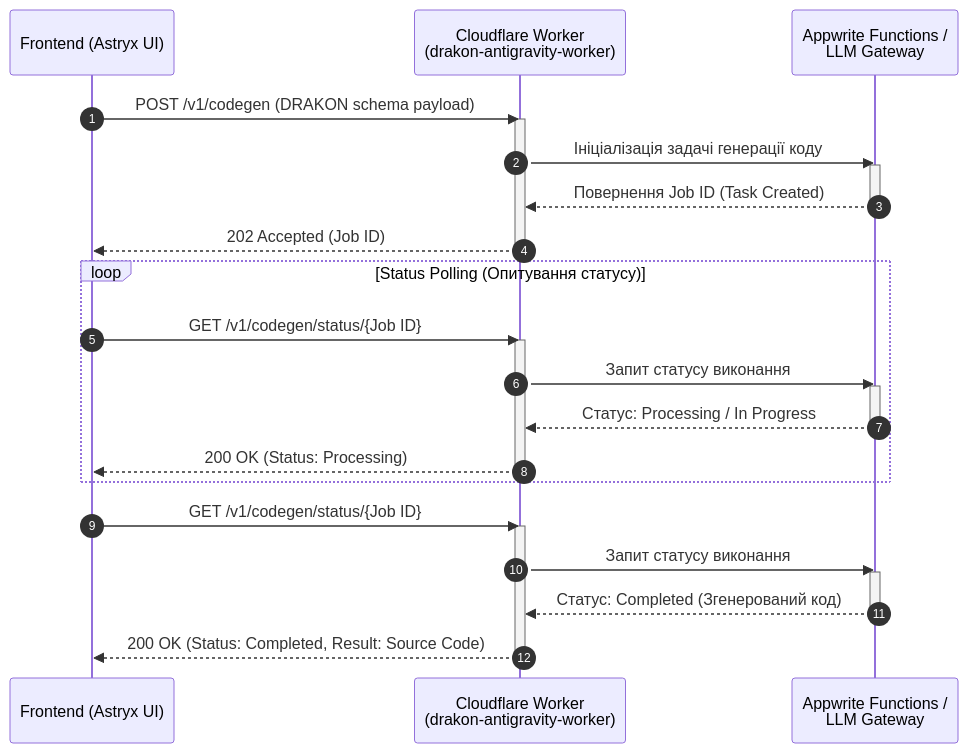
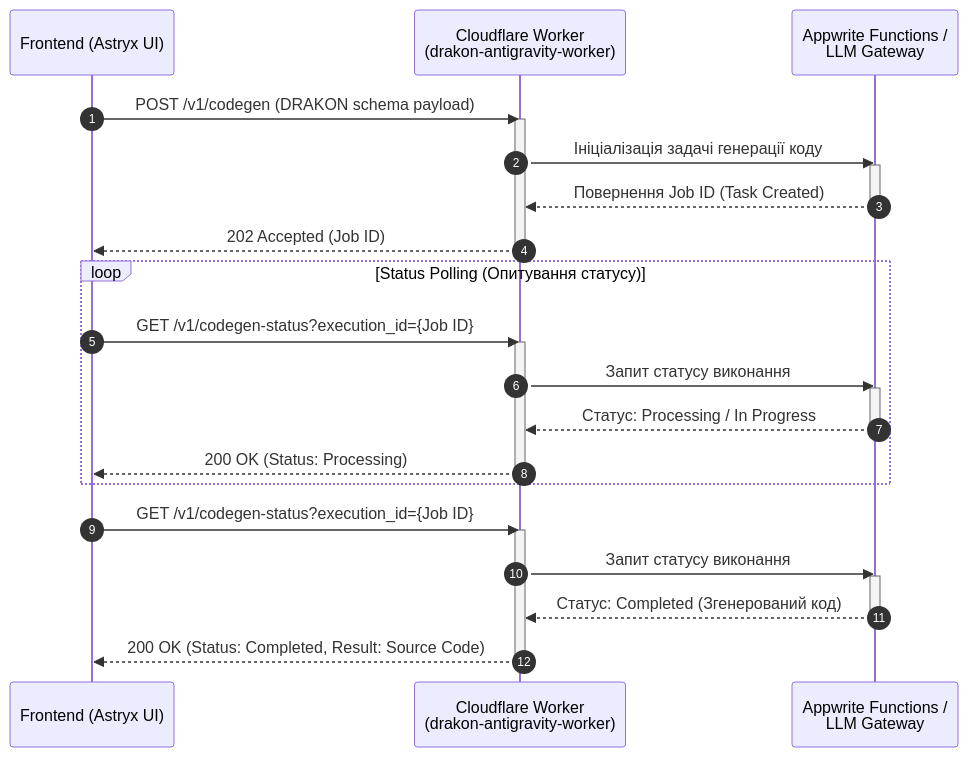
One commit to maxfraieho/ai-drakon-scaffolder changed the diagram in docs/wiki/02_architecture_flows.md. Above: the diagram before and after it, drawn with Mermaid. The commit also changed other lines of this file and 33 other files, not shown here.

Commit message:
docs(adr): synthesize 5 new ADRs (0010-0014: LangGraph orchestration, semantic-graph, bidirectional DRAKON IR, single-GitHub-config, vydra-swiss-survey pilot), update 28 stale docs against current code, add CI/CD pipelines section (Codex, GitNexus-verified)

````diff
--- a/docs/wiki/02_architecture_flows.md
+++ b/docs/wiki/02_architecture_flows.md
@@ -17,36 +17,36 @@
 ```mermaid
 sequenceDiagram
     autonumber
     participant Client as Frontend (Astryx UI)
     participant Worker as Cloudflare Worker<br/>(drakon-antigravity-worker)
     participant Backend as Appwrite Functions /<br/>LLM Gateway
 
     Client->>Worker: POST /v1/codegen (DRAKON schema payload)
     activate Worker
     Worker->>Backend: Ініціалізація задачі генерації коду
     activate Backend
     Backend-->>Worker: Повернення Job ID (Task Created)
     deactivate Backend
     Worker-->>Client: 202 Accepted (Job ID)
     deactivate Worker
 
     loop Status Polling (Опитування статусу)
-        Client->>Worker: GET /v1/codegen/status/{Job ID}
+        Client->>Worker: GET /v1/codegen-status?execution_id={Job ID}
         activate Worker
         Worker->>Backend: Запит статусу виконання
         activate Backend
         Backend-->>Worker: Статус: Processing / In Progress
         deactivate Backend
         Worker-->>Client: 200 OK (Status: Processing)
         deactivate Worker
     end
 
-    Client->>Worker: GET /v1/codegen/status/{Job ID}
+    Client->>Worker: GET /v1/codegen-status?execution_id={Job ID}
     activate Worker
     Worker->>Backend: Запит статусу виконання
     activate Backend
     Backend-->>Worker: Статус: Completed (Згенерований код)
     deactivate Backend
     Worker-->>Client: 200 OK (Status: Completed, Result: Source Code)
     deactivate Worker
 ```
````
